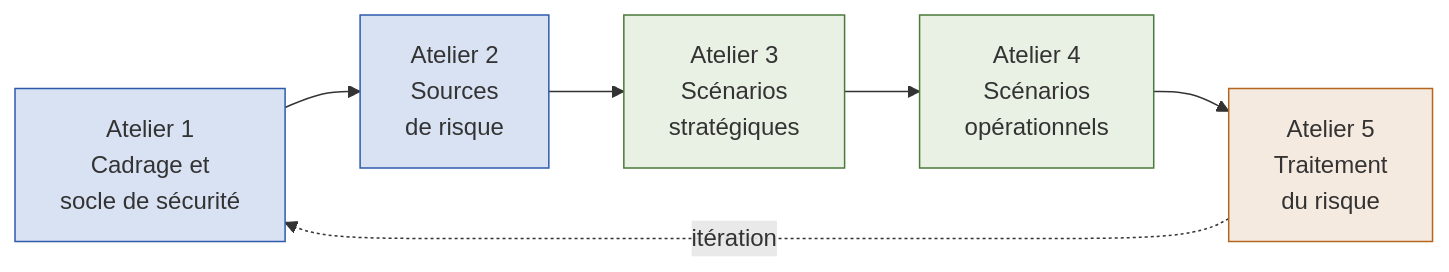
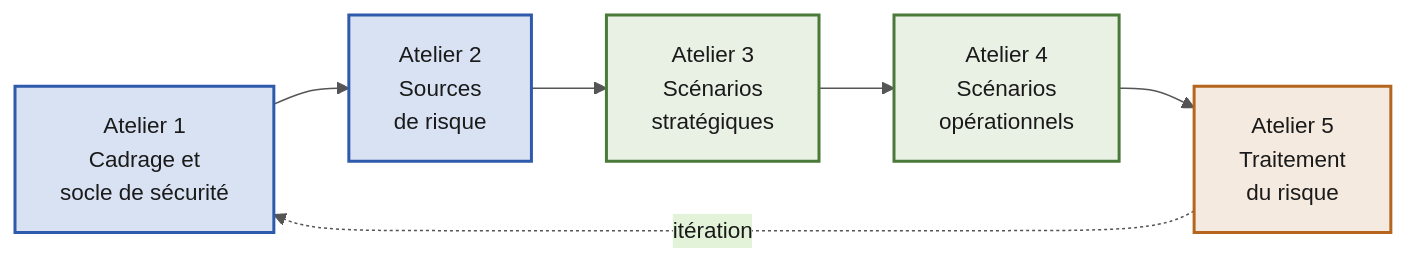
Before and after one commit to cchopin/Jedha-cybersec-fullstack: the ninth of 10 diagrams in 12_governance_risk_compliance/grc.md, drawn with Mermaid. The commit also changed other lines of this file, not shown here.

````diff
--- a/12_governance_risk_compliance/grc.md
+++ b/12_governance_risk_compliance/grc.md
@@ -433,13 +441,14 @@
 ```mermaid
+%%{init: {'theme':'base', 'themeVariables': {'primaryColor':'#D9E2F3','primaryTextColor':'#1A1A1A','primaryBorderColor':'#2E5AAC','lineColor':'#555555','fontSize':'15px','textColor':'#1A1A1A','mainBkg':'#D9E2F3'}}}%%
 flowchart LR
     A1[Atelier 1<br/>Cadrage et<br/>socle de sécurité] --> A2[Atelier 2<br/>Sources<br/>de risque]
     A2 --> A3[Atelier 3<br/>Scénarios<br/>stratégiques]
     A3 --> A4[Atelier 4<br/>Scénarios<br/>opérationnels]
     A4 --> A5[Atelier 5<br/>Traitement<br/>du risque]
     A5 -.itération.-> A1
-    style A1 fill:#D9E2F3,stroke:#2E5AAC
-    style A2 fill:#D9E2F3,stroke:#2E5AAC
-    style A3 fill:#E8F1E4,stroke:#4A7A3A
-    style A4 fill:#E8F1E4,stroke:#4A7A3A
-    style A5 fill:#F5EAE0,stroke:#B5651D
+    style A1 fill:#D9E2F3,stroke:#2E5AAC,color:#1A1A1A,stroke-width:2px
+    style A2 fill:#D9E2F3,stroke:#2E5AAC,color:#1A1A1A,stroke-width:2px
+    style A3 fill:#E8F1E4,stroke:#4A7A3A,color:#1A1A1A,stroke-width:2px
+    style A4 fill:#E8F1E4,stroke:#4A7A3A,color:#1A1A1A,stroke-width:2px
+    style A5 fill:#F5EAE0,stroke:#B5651D,color:#1A1A1A,stroke-width:2px
 ```
````
